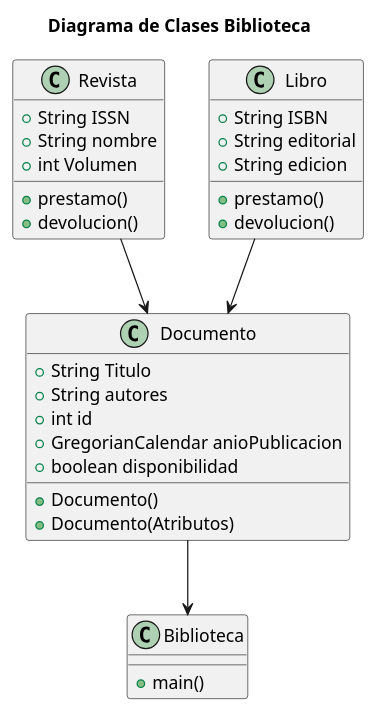
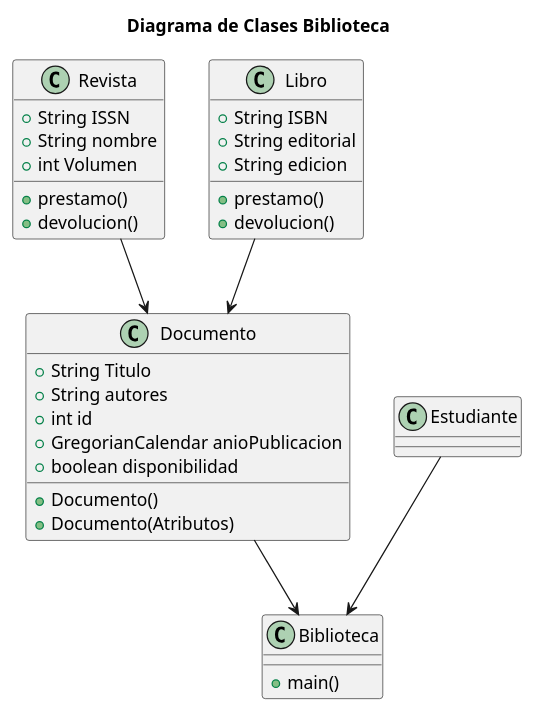
Before and after one commit to Echxvx2610/Biblioteca_Java: the diagram in diagrama_clases.puml, drawn with PlantUML. The commit also changed 4 other files, not shown here.

```diff
--- a/diagrama_clases.puml
+++ b/diagrama_clases.puml
@@ -1,56 +1,57 @@
 @startuml Bibiblioteca
 Revista --> Documento
 Libro --> Documento
 Documento --> Biblioteca
+Estudiante --> Biblioteca
 
 title
 Diagrama de Clases Biblioteca
 end title
 
 
 
 class Biblioteca{
 /' 
     // Esto es un comentario de bloque
     // proximos codigos
 '/
     + main()
 
 /'
     //proximos metodos
 '/
 }
 
 class Documento{
     'Atributos
     + String Titulo 
     + String autores
     + int id 
     + GregorianCalendar anioPublicacion
     + boolean disponibilidad
     'Metodos
     + Documento()
     + Documento(Atributos)
 }   
 
 class Revista{
     'Atributos
     + String ISSN
     + String nombre
     + int Volumen
     'Comentario de una linea
     + prestamo()
     + devolucion()
 }
 
 class Libro{
     'Atributos
     + String ISBN
     + String editorial
     + String edicion
     'Comentario de una linea
     + prestamo()
     + devolucion()
 }
 
 @enduml
```
